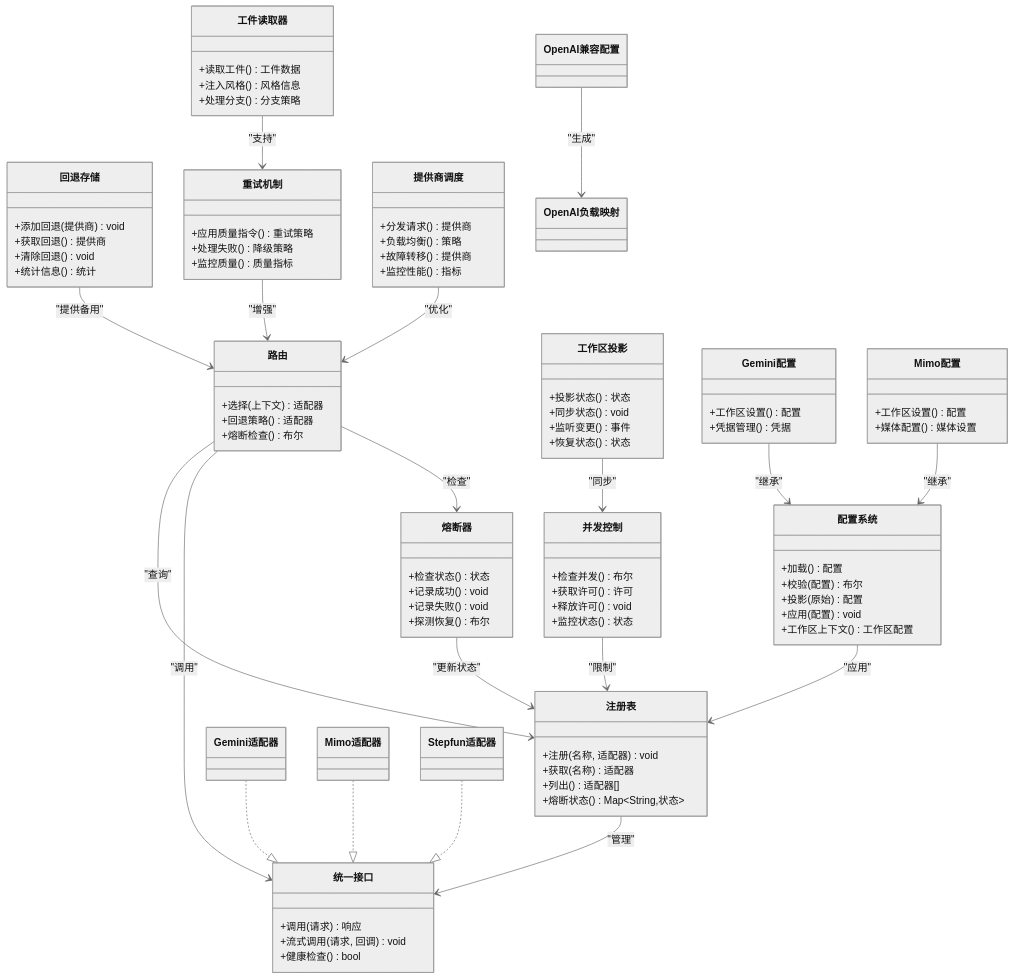
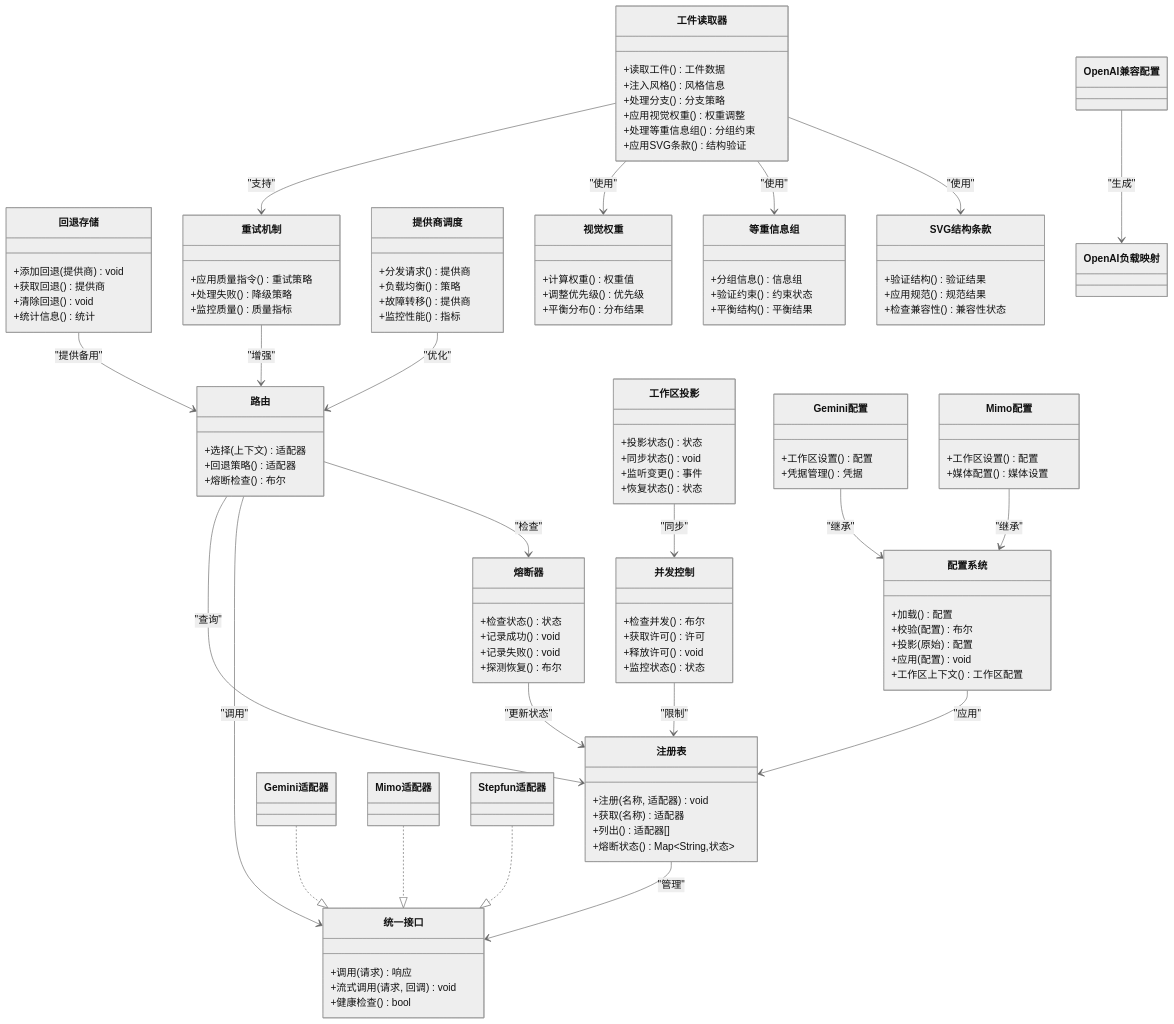
One commit to scottcwy/PurpleInk changed the seventh of 7 diagrams in .qoder/repowiki/zh/content/AI系统集成/AI系统集成.md. Above: the diagram before and after it, drawn with Mermaid (neutral theme). The commit also changed other lines of this file and 23 other files, not shown here.

```diff
--- a/.qoder/repowiki/zh/content/AI系统集成/AI系统集成.md
+++ b/.qoder/repowiki/zh/content/AI系统集成/AI系统集成.md
@@ -734,6 +757,9 @@
 +读取工件() 工件数据
 +注入风格() 风格信息
 +处理分支() 分支策略
++应用视觉权重() 权重调整
++处理等重信息组() 分组约束
++应用SVG条款() 结构验证
 }
 class 并发控制 {
 +检查并发() 布尔
@@ -752,6 +778,21 @@
 +同步状态() void
 +监听变更() 事件
 +恢复状态() 状态
+}
+class 视觉权重 {
++计算权重() 权重值
++调整优先级() 优先级
++平衡分布() 分布结果
+}
+class 等重信息组 {
++分组信息() 信息组
++验证约束() 约束状态
++平衡结构() 平衡结果
+}
+class SVG结构条款 {
++验证结构() 验证结果
++应用规范() 规范结果
++检查兼容性() 兼容性状态
 }
 class Gemini配置 {
 +工作区设置() 配置
@@ -775,6 +816,9 @@
 配置系统 --> 注册表 : "应用"
 重试机制 --> 路由 : "增强"
 工件读取器 --> 重试机制 : "支持"
+工件读取器 --> 视觉权重 : "使用"
+工件读取器 --> 等重信息组 : "使用"
+工件读取器 --> SVG结构条款 : "使用"
 并发控制 --> 注册表 : "限制"
 提供商调度 --> 路由 : "优化"
 工作区投影 --> 并发控制 : "同步"
```
